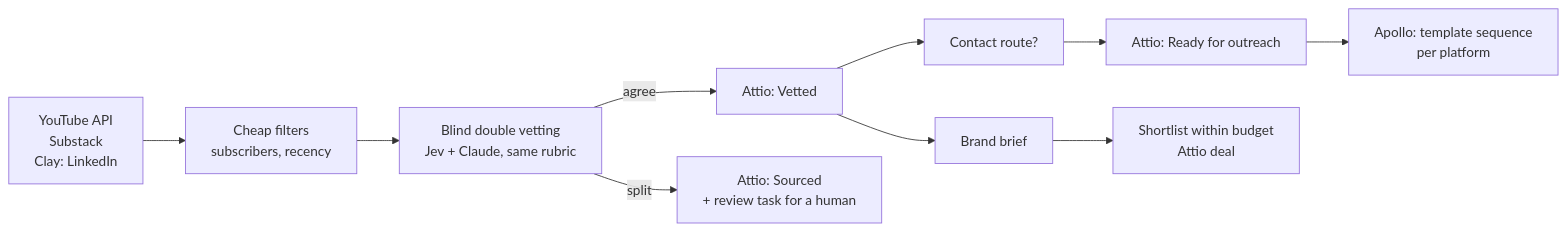
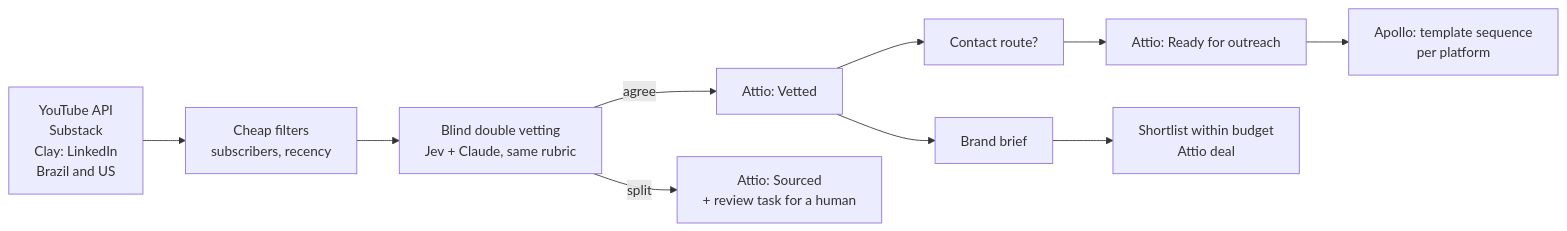
The diagram in README.md (michelxxx2323/creator-supply-engine), drawn with Mermaid before and after one commit. The commit also changed other lines of this file and 14 other files, not shown here.

````diff
--- a/README.md
+++ b/README.md
@@ -11,10 +11,10 @@
 ```mermaid
 flowchart LR
-  A[YouTube API<br>Substack<br>Clay: LinkedIn] --> B[Cheap filters<br>subscribers, recency]
+  A[YouTube API<br>Substack<br>Clay: LinkedIn<br>Brazil and US] --> B[Cheap filters<br>subscribers, recency]
   B --> C[Blind double vetting<br>Jev + Claude, same rubric]
   C -->|agree| D[Attio: Vetted]
   C -->|split| E[Attio: Sourced<br>+ review task for a human]
   D --> F[Contact route?] --> G[Attio: Ready for outreach]
   G --> H[Apollo: template sequence<br>per platform]
   D --> I[Brand brief] --> J[Shortlist within budget<br>Attio deal]
 ```
````
